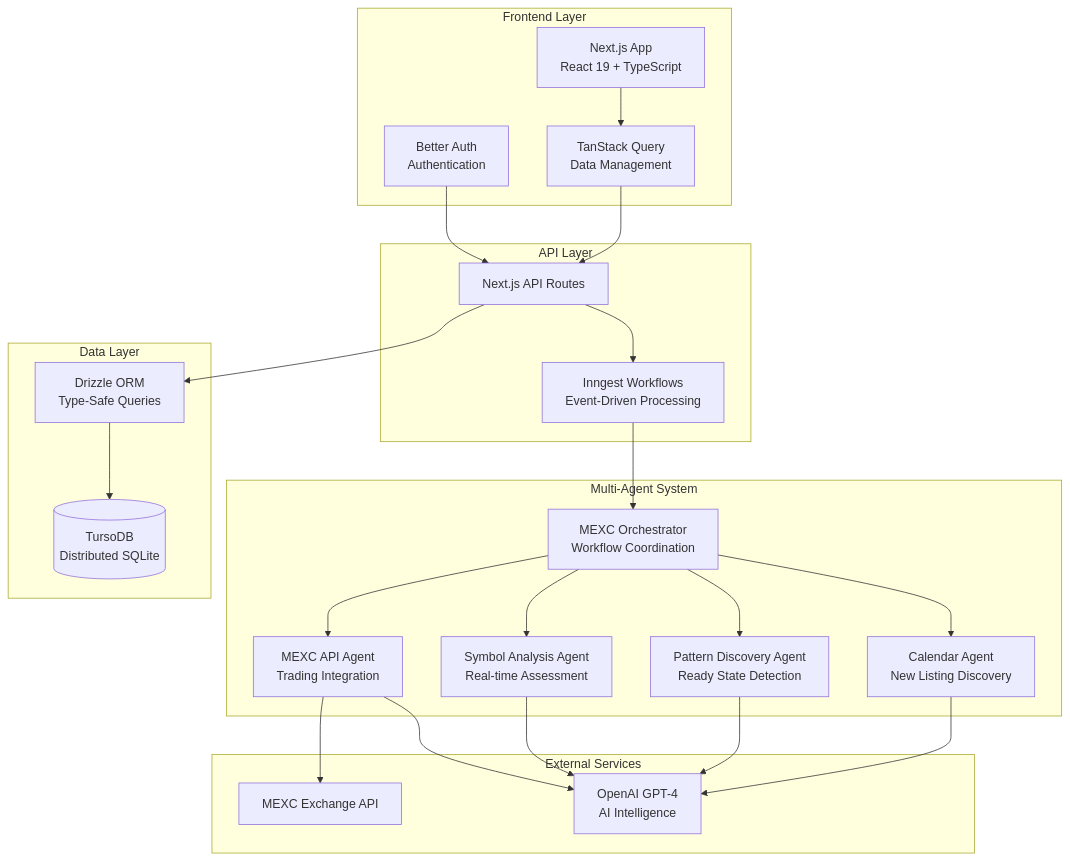
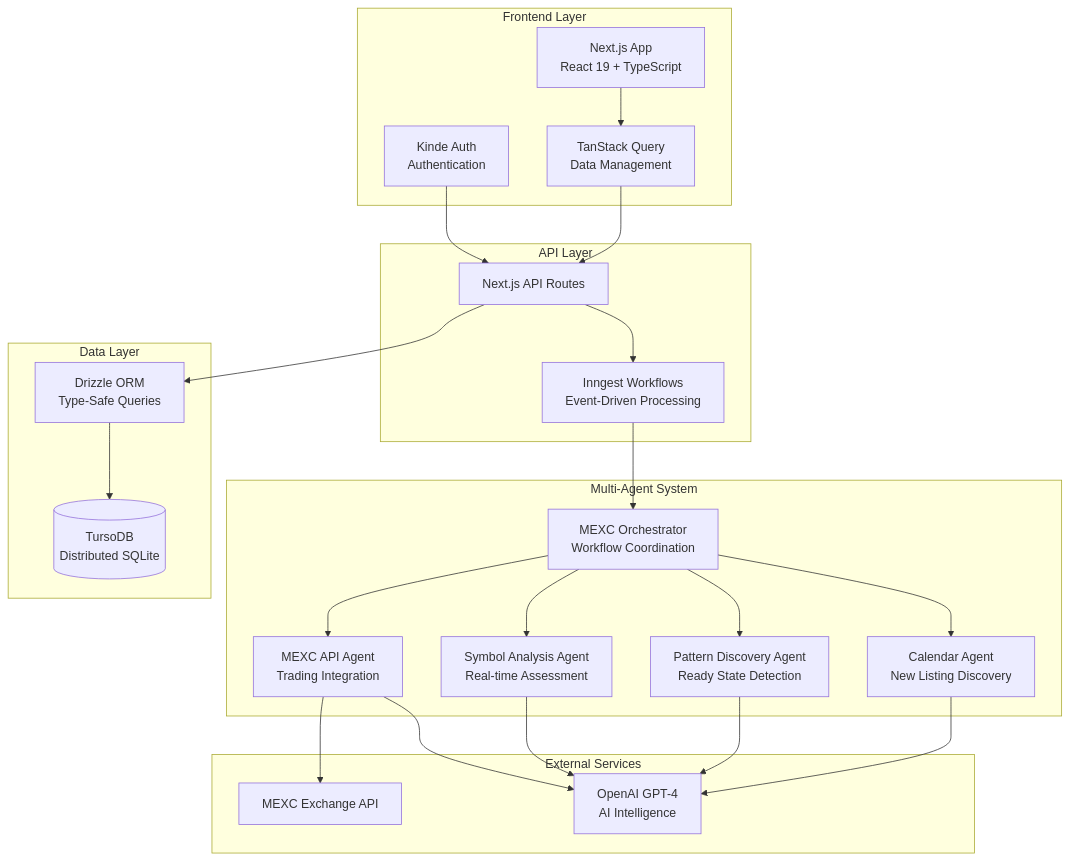
Before and after one commit to RyanLisse/mexc-sniper-bot: the first of 10 diagrams in docs/architecture/ARCHITECTURE_DIAGRAM.md, drawn with Mermaid. The commit also changed other lines of this file and 63 other files, not shown here.

````diff
--- a/docs/architecture/ARCHITECTURE_DIAGRAM.md
+++ b/docs/architecture/ARCHITECTURE_DIAGRAM.md
@@ -5,51 +5,51 @@
 ```mermaid
 graph TB
     subgraph "Frontend Layer"
         UI[Next.js App<br/>React 19 + TypeScript]
-        Auth[Better Auth<br/>Authentication]
+        Auth[Kinde Auth<br/>Authentication]
         Query[TanStack Query<br/>Data Management]
     end
 
     subgraph "API Layer"
         API[Next.js API Routes]
         Inngest[Inngest Workflows<br/>Event-Driven Processing]
     end
 
     subgraph "Multi-Agent System"
         Orchestrator[MEXC Orchestrator<br/>Workflow Coordination]
         Calendar[Calendar Agent<br/>New Listing Discovery]
         Pattern[Pattern Discovery Agent<br/>Ready State Detection]
         Symbol[Symbol Analysis Agent<br/>Real-time Assessment]
         MexcAPI[MEXC API Agent<br/>Trading Integration]
     end
 
     subgraph "Data Layer"
         DB[(TursoDB<br/>Distributed SQLite)]
         Drizzle[Drizzle ORM<br/>Type-Safe Queries]
     end
 
     subgraph "External Services"
         MEXC[MEXC Exchange API]
         OpenAI[OpenAI GPT-4<br/>AI Intelligence]
     end
 
     UI --> Query
     Query --> API
     Auth --> API
     API --> Inngest
     API --> Drizzle
-    
+
     Inngest --> Orchestrator
     Orchestrator --> Calendar
     Orchestrator --> Pattern
     Orchestrator --> Symbol
     Orchestrator --> MexcAPI
-    
+
     Calendar --> OpenAI
     Pattern --> OpenAI
     Symbol --> OpenAI
     MexcAPI --> OpenAI
-    
+
     MexcAPI --> MEXC
     Drizzle --> DB
 ```
````
